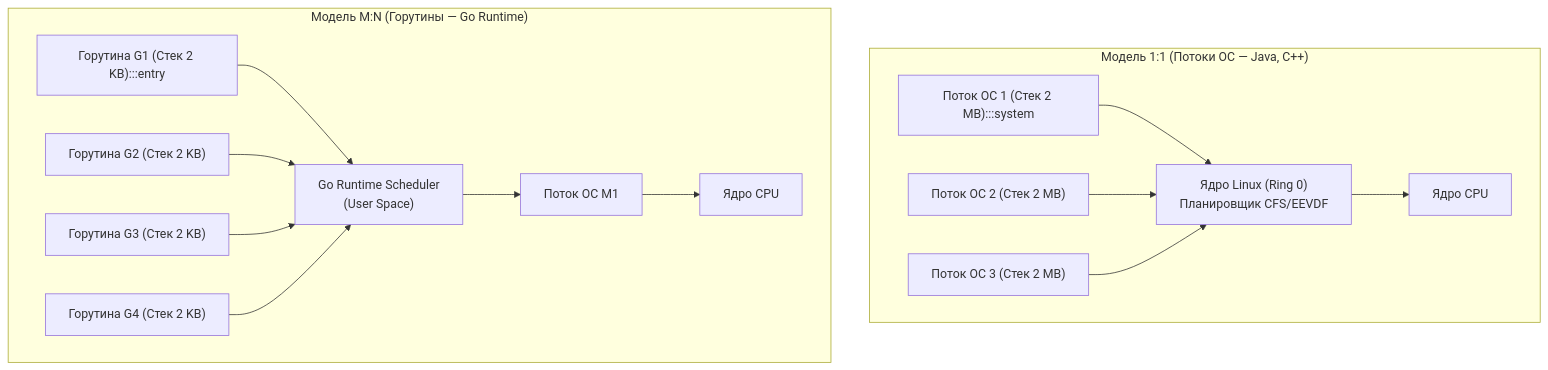
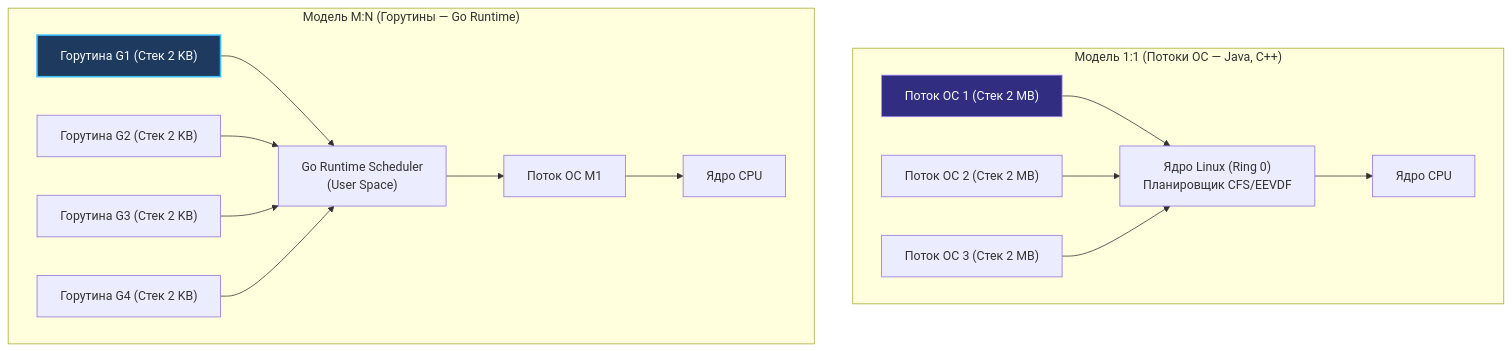
One commit to UnrealTemplier/go-textbook-ru changed the first of 3 diagrams in sources/5. Учебник по Go (Основы и синтаксис)/34. Горутины. Легковесная конкурентность в Go.md. Above: the diagram before and after it, drawn with Mermaid. The commit also changed other lines of this file and 166 other files, not shown here.

First line of the commit message:
fix(mermaid): move :::class out of quoted node labels

````diff
--- a/sources/5. Учебник по Go (Основы и синтаксис)/34. Горутины. Легковесная конкурентность в Go.md
+++ b/sources/5. Учебник по Go (Основы и синтаксис)/34. Горутины. Легковесная конкурентность в Go.md
@@ -24,27 +24,27 @@
 ```mermaid
 flowchart TD
     classDef process  fill:#1e293b,stroke:#38bdf8,stroke-width:1px,color:#f8fafc
     classDef success  fill:#064e3b,stroke:#34d399,stroke-width:1px,color:#f8fafc
     classDef error    fill:#7f1d1d,stroke:#f87171,stroke-width:1px,color:#f8fafc
     classDef warning  fill:#78350f,stroke:#fbbf24,stroke-width:1px,color:#f8fafc
     classDef entry    fill:#1e3a5f,stroke:#38bdf8,stroke-width:2px,color:#f8fafc
     classDef aux      fill:#334155,stroke:#64748b,stroke-width:1px,color:#f8fafc
     classDef system   fill:#312e81,stroke:#a78bfa,stroke-width:1px,color:#f8fafc
     classDef data     fill:#132d29,stroke:#2dd4bf,stroke-width:1px,color:#f8fafc
     classDef network  fill:#881337,stroke:#fb7185,stroke-width:1px,color:#f8fafc
     classDef accent   fill:#1e1b4b,stroke:#818cf8,stroke-width:1px,color:#f8fafc
     subgraph OSModel["Модель 1:1 (Потоки ОС — Java, C++)"]
-        T1["Поток ОС 1 (Стек 2 MB):::system"] --> K["Ядро Linux (Ring 0)<br>Планировщик CFS/EEVDF"]
+        T1["Поток ОС 1 (Стек 2 MB)"]:::system --> K["Ядро Linux (Ring 0)<br>Планировщик CFS/EEVDF"]
         T2["Поток ОС 2 (Стек 2 MB)"] --> K
         T3["Поток ОС 3 (Стек 2 MB)"] --> K
         K --> CPU1["Ядро CPU"]
     end
 
     subgraph GoModel["Модель M:N (Горутины — Go Runtime)"]
-        G1["Горутина G1 (Стек 2 KB):::entry"] --> R["Go Runtime Scheduler<br>(User Space)"]
+        G1["Горутина G1 (Стек 2 KB)"]:::entry --> R["Go Runtime Scheduler<br>(User Space)"]
         G2["Горутина G2 (Стек 2 KB)"] --> R
         G3["Горутина G3 (Стек 2 KB)"] --> R
         G4["Горутина G4 (Стек 2 KB)"] --> R
         R --> M1["Поток ОС M1"] --> CPU2["Ядро CPU"]
     end
 ```
````
